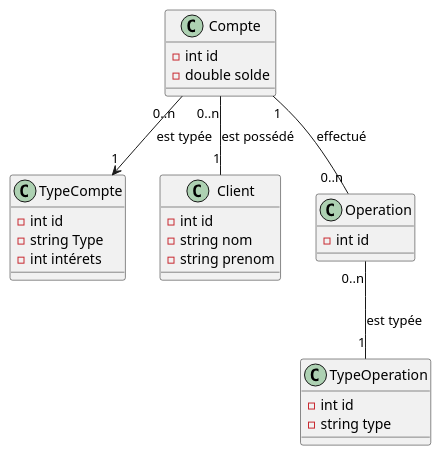
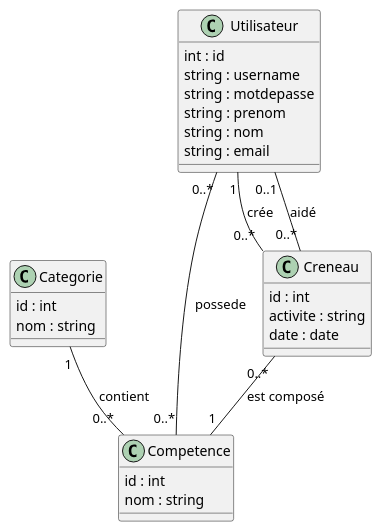
The diagram in doc/uml/2-class/venteFormation-class.puml (DucasseRafael91/EvalPythonDjango), drawn with PlantUML before and after one commit.

Commit message:
Création du diagramme de classe

```diff
--- a/doc/uml/2-class/venteFormation-class.puml
+++ b/doc/uml/2-class/venteFormation-class.puml
@@ -1,34 +1,43 @@
-@startuml bank
+@startuml
 
-class TypeCompte {
-    -int id
-    -string Type
-    -int intérets
+class Competence {
+    id : int
+    nom : string
 }
 
-class Compte {
-    -int id
-    -double solde
+class Categorie {
+    id : int
+    nom : string
 }
 
-  class Client {
-    -int id
-    -string nom
-    -string prenom
+class Creneau {
+    id : int
+    activite : string
+    date : date
 }
 
-class Operation {
-    -int id
+class Utilisateur {
+    int : id
+    string : username
+    string : motdepasse
+    string : prenom
+    string : nom
+    string : email
 }
 
-class TypeOperation {
-    -int id
-    -string type
-}
+' Une catégorie peut avoir plusieurs compétences et une compétence à une categorie
+Categorie "1" -- "0..*" Competence : contient
 
-Compte "0..n" --> "1" TypeCompte : est typée
-Compte "0..n" -- "1" Client : est possédé
-Compte "1" -- "0..n" Operation : effectué
-Operation "0..n" -- "1" TypeOperation : est typée
+' Un utilisateur peut avoir plusieurs compétences et une compétence peut avoir plusieurs utilisateurs
+Utilisateur "0..*" -- "0..*" Competence : possede
+
+' Un créneau correspond à une compétence demandée
+Creneau "0..*" -- "1" Competence : est composé
+
+' Un utilisateur peut créer plusieurs créneaux et un créneau est créé par un seul utilisateur
+Utilisateur "1" -- "0..*" Creneau : crée
+
+' Un utilisateur peut proposer son aide pour plusieurs créneaux et un créneau peut être aidé par plusieurs utilisateurs
+Utilisateur "0..1" -- "0..*" Creneau : aidé
 
 @enduml
```
